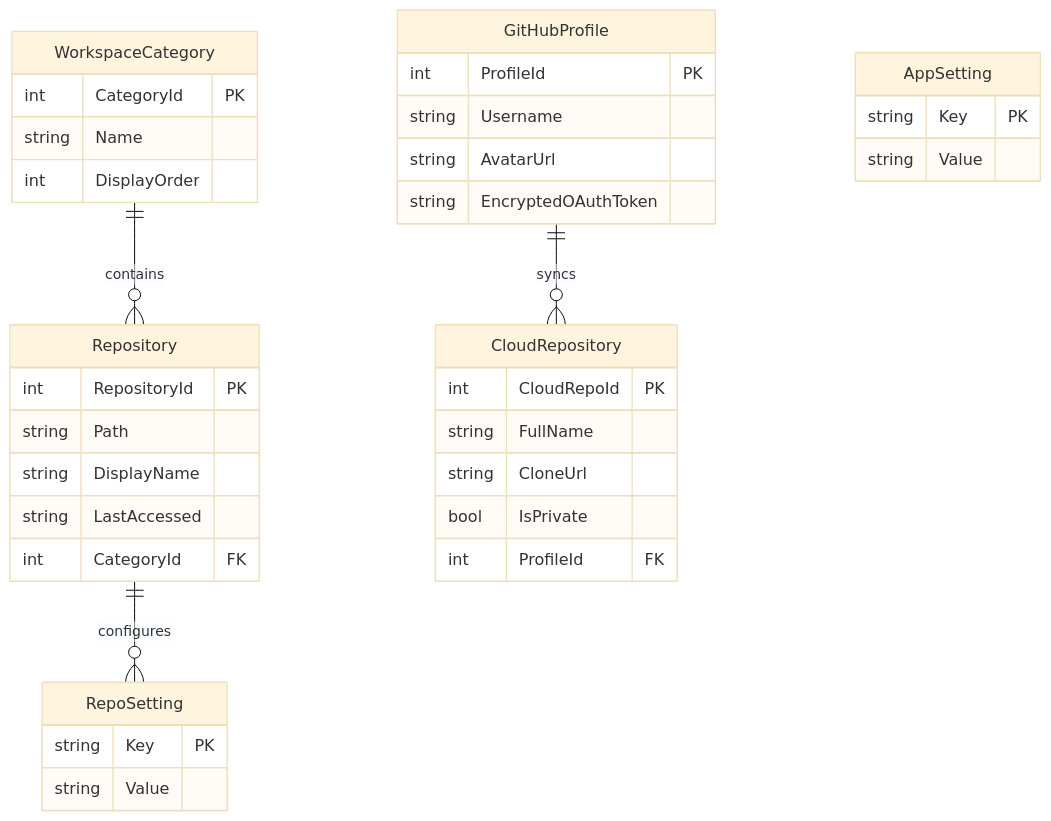
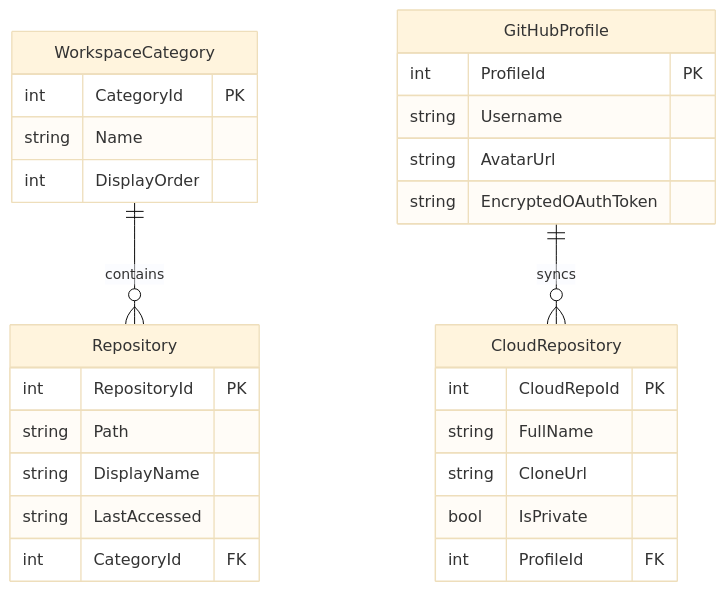
One commit to dsazykin/GitLoom changed the diagram in GitLoom_Roadmap.md. Above: the diagram before and after it, drawn with Mermaid (base theme). The commit also changed other lines of this file, not shown here.

Commit message:
docs: break down roadmap into granular sub-phases for incremental development

````diff
--- a/GitLoom_Roadmap.md
+++ b/GitLoom_Roadmap.md
@@ -71,45 +70,34 @@
 ```mermaid
 erDiagram
     WorkspaceCategory ||--o{ Repository : contains
-    Repository ||--o{ RepoSetting : configures
     GitHubProfile ||--o{ CloudRepository : syncs
     
     WorkspaceCategory {
         int CategoryId PK
         string Name
         int DisplayOrder
     }
     
     Repository {
         int RepositoryId PK
         string Path
         string DisplayName
         string LastAccessed
         int CategoryId FK
     }
     
     GitHubProfile {
         int ProfileId PK
         string Username
         string AvatarUrl
         string EncryptedOAuthToken
     }
     
     CloudRepository {
         int CloudRepoId PK
         string FullName
         string CloneUrl
         bool IsPrivate
         int ProfileId FK
     }
-    
-    RepoSetting {
-        string Key PK
-        string Value
-    }
-    
-    AppSetting {
-        string Key PK
-        string Value
-    }
 ```
````
